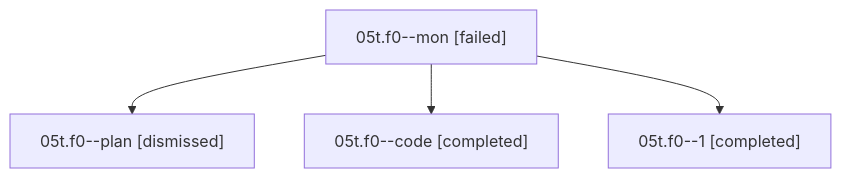
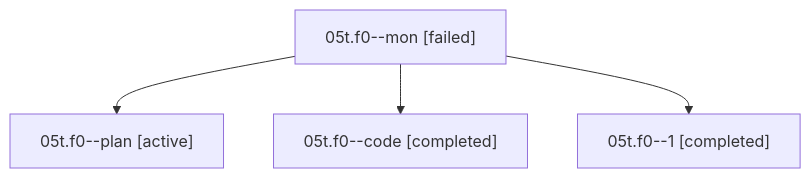
The diagram in families/bbugyi200.athena.05t.f0.md (sase-org/sase--agents), drawn with Mermaid before and after one commit. The commit also changed other lines of this file and 35830 other files, not shown here.

````diff
--- a/families/bbugyi200.athena.05t.f0.md
+++ b/families/bbugyi200.athena.05t.f0.md
@@ -9,10 +9,10 @@
 ```mermaid
 flowchart TD
   n0["05t.f0--mon [failed]"]
-  n1["05t.f0--plan [dismissed]"]
+  n1["05t.f0--plan [active]"]
   n0 --> n1
   n2["05t.f0--code [completed]"]
   n0 --> n2
   n3["05t.f0--1 [completed]"]
   n0 --> n3
 ```
````
